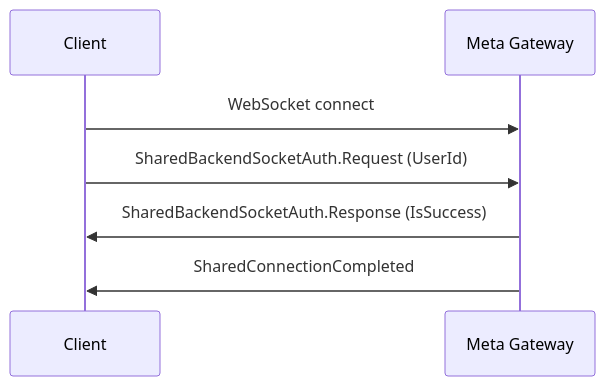
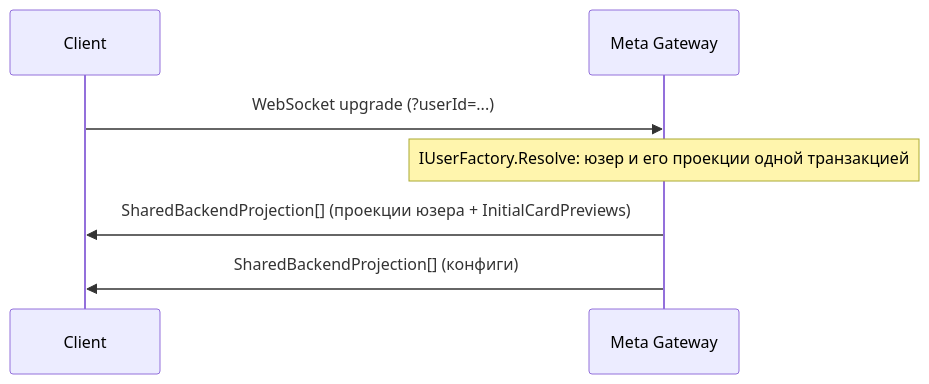
The fourth of 5 diagrams in docs/obsidian/architecture/client-network.md (noncasted/mines-leader), drawn with Mermaid before and after one commit. The commit also changed 62 other files, not shown here.

First line of the commit message:
[Shared] [Backend] [Client] [Tools] Fold handshake projections and speed startup

````diff
--- a/docs/obsidian/architecture/client-network.md
+++ b/docs/obsidian/architecture/client-network.md
@@ -109,10 +109,10 @@
 ```mermaid
 sequenceDiagram
     participant C as Client
     participant M as Meta Gateway
 
-    C->>M: WebSocket connect
-    C->>M: SharedBackendSocketAuth.Request (UserId)
-    M->>C: SharedBackendSocketAuth.Response (IsSuccess)
-    M->>C: SharedConnectionCompleted
+    C->>M: WebSocket upgrade (?userId=...)
+    Note over M: IUserFactory.Resolve: юзер и его проекции одной транзакцией
+    M->>C: SharedBackendProjection[] (проекции юзера + InitialCardPreviews)
+    M->>C: SharedBackendProjection[] (конфиги)
 ```
````
